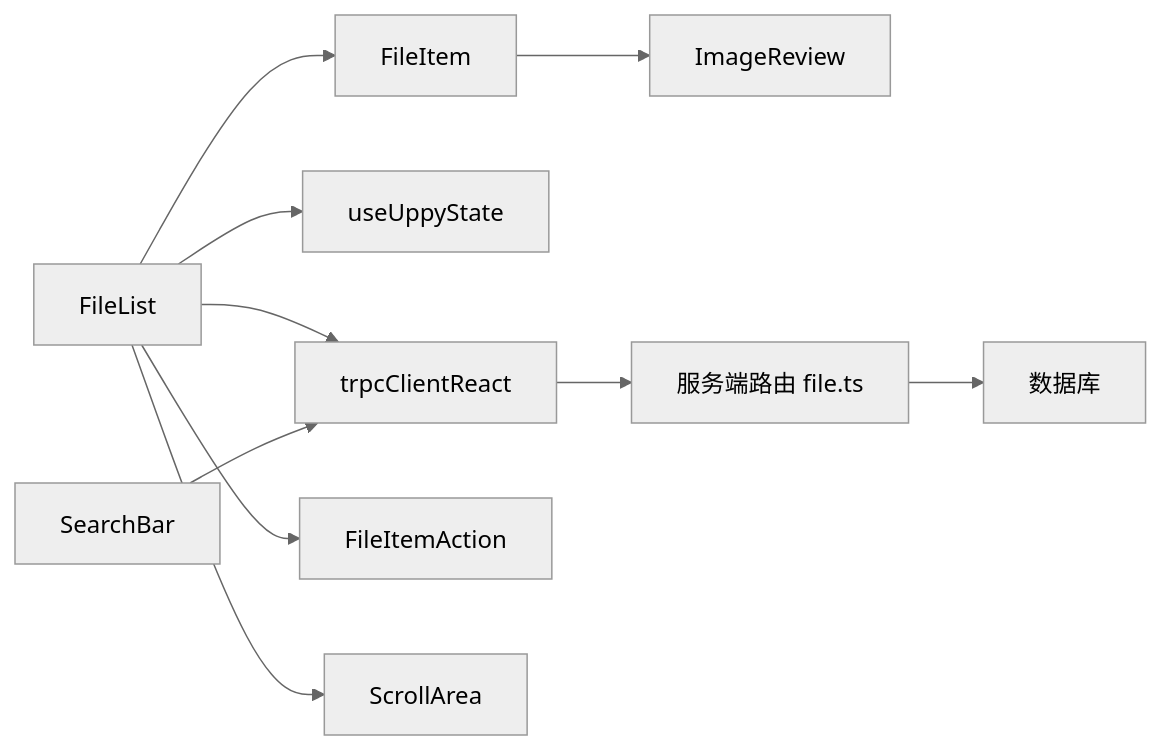
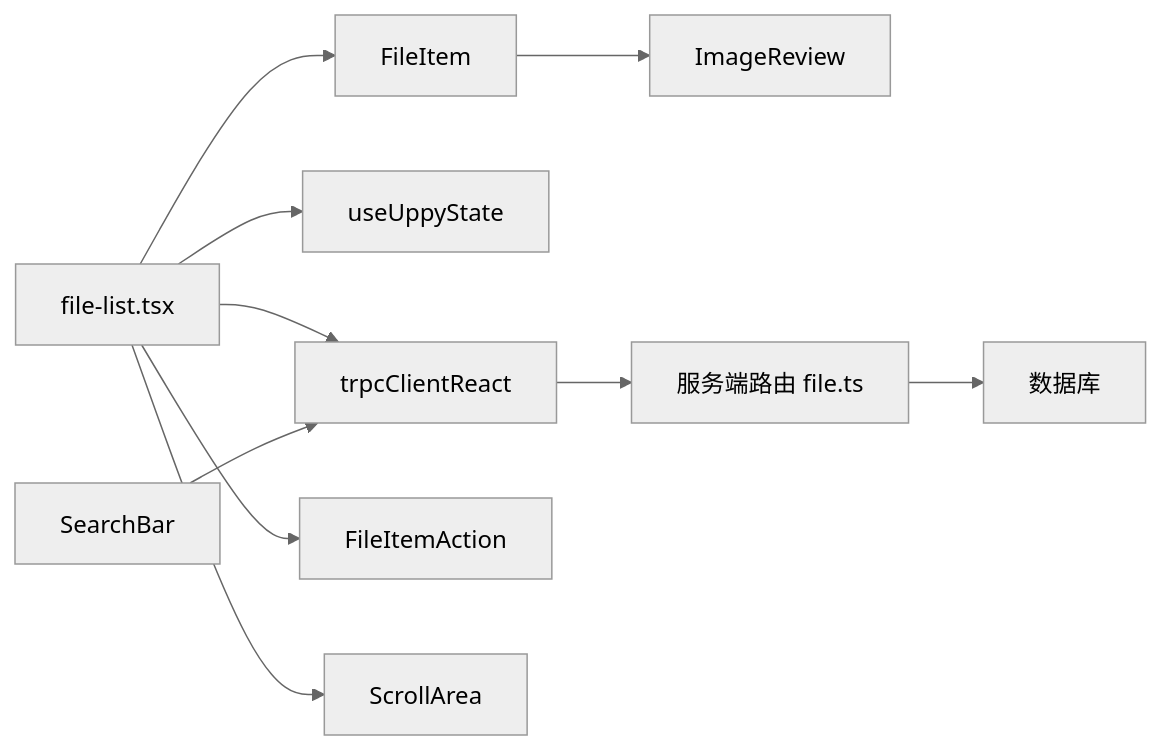
Before and after one commit to RadiumAg/image-saas: the eighth of 8 diagrams in .qoder/repowiki/zh/content/前端组件架构/功能组件/数据展示组件.md, drawn with Mermaid (neutral theme). The commit also changed other lines of this file and 60 other files, not shown here.

````diff
--- a/.qoder/repowiki/zh/content/前端组件架构/功能组件/数据展示组件.md
+++ b/.qoder/repowiki/zh/content/前端组件架构/功能组件/数据展示组件.md
@@ -367,12 +350,12 @@
 ```mermaid
 graph LR
-FL["FileList"] --> TR["trpcClientReact"]
+FL["file-list.tsx"] --> TR["trpcClientReact"]
 FL --> UU["useUppyState"]
 FL --> FI["FileItem"]
 FL --> FA["FileItemAction"]
 FL --> SA["ScrollArea"]
 FI --> IR["ImageReview"]
 SB["SearchBar"] --> TR
 TR --> SRV["服务端路由 file.ts"]
 SRV --> DB["数据库"]
 ```
````
